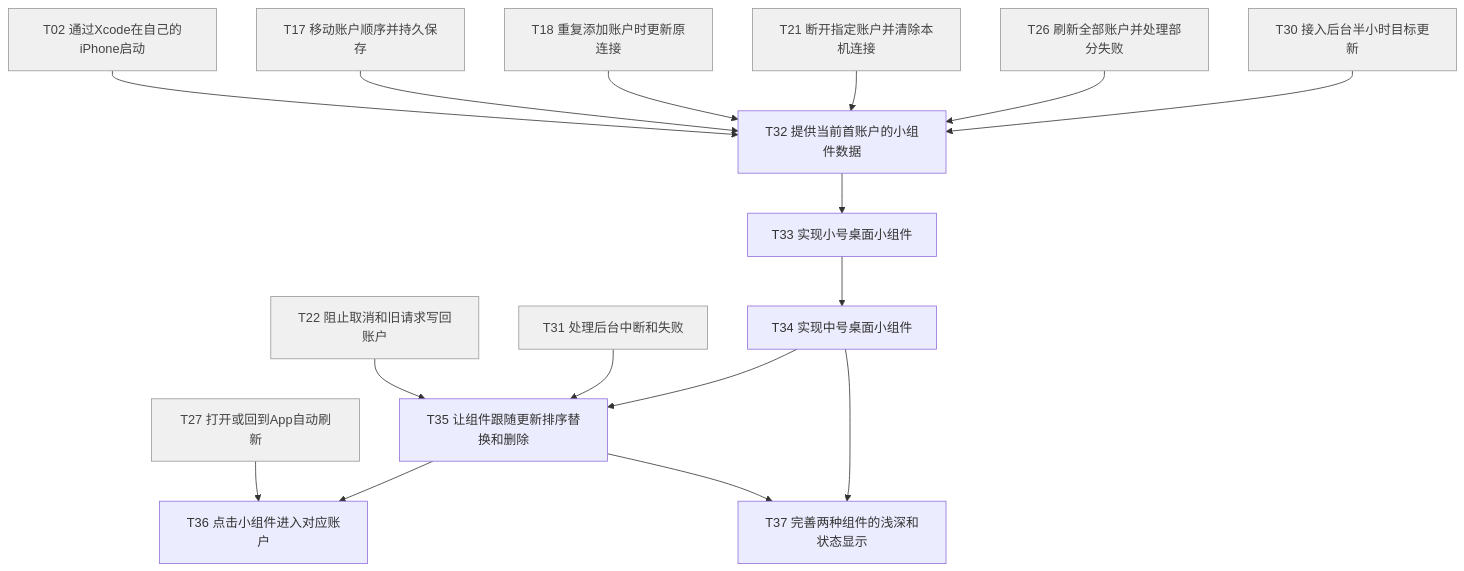
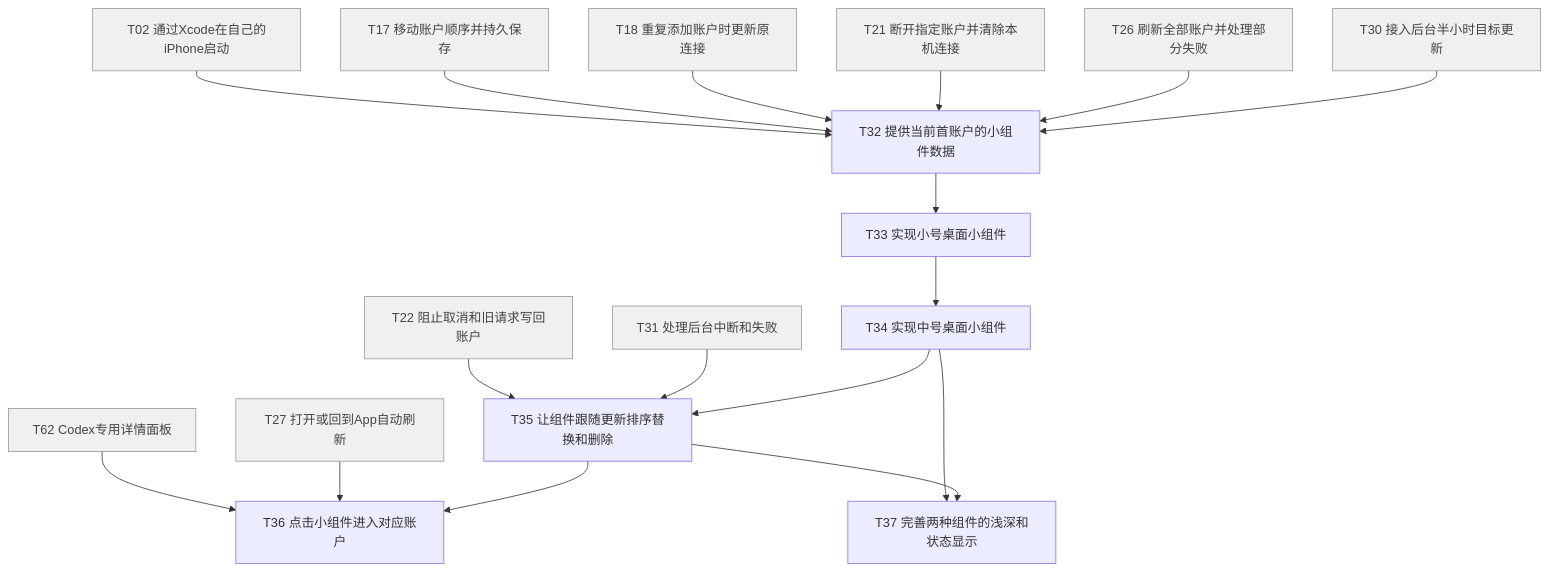
The sixth of 9 diagrams in docs/mvp任务清单/README.md (fsylviaa/subscription-usage-monitor), drawn with Mermaid before and after one commit. The commit also changed other lines of this file and 10 other files, not shown here.

````diff
--- a/docs/mvp任务清单/README.md
+++ b/docs/mvp任务清单/README.md
@@ -309,34 +313,35 @@
 ```mermaid
 flowchart TD
   T18["T18 重复添加账户时更新原连接"]:::prior
   T02["T02 通过Xcode在自己的iPhone启动"]:::prior
   T17["T17 移动账户顺序并持久保存"]:::prior
   T21["T21 断开指定账户并清除本机连接"]:::prior
   T22["T22 阻止取消和旧请求写回账户"]:::prior
   T26["T26 刷新全部账户并处理部分失败"]:::prior
   T27["T27 打开或回到App自动刷新"]:::prior
   T30["T30 接入后台半小时目标更新"]:::prior
   T31["T31 处理后台中断和失败"]:::prior
   T32["T32 提供当前首账户的小组件数据"]
   T33["T33 实现小号桌面小组件"]
   T34["T34 实现中号桌面小组件"]
   T35["T35 让组件跟随更新排序替换和删除"]
   T36["T36 点击小组件进入对应账户"]
   T37["T37 完善两种组件的浅深和状态显示"]
   T02 --> T32
   T17 --> T32
   T18 --> T32
   T21 --> T32
   T26 --> T32
   T30 --> T32
   T32 --> T33
   T33 --> T34
   T22 --> T35
   T31 --> T35
   T34 --> T35
+  T62["T62 Codex专用详情面板"]:::prior --> T36
   T27 --> T36
   T35 --> T36
   T34 --> T37
   T35 --> T37
   classDef prior fill:#f0f0f0,stroke:#999,color:#444
 ```
````
